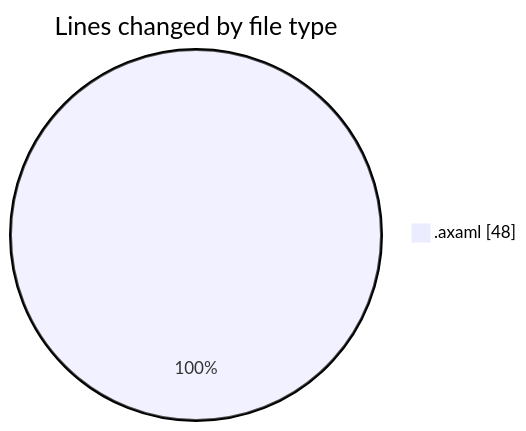
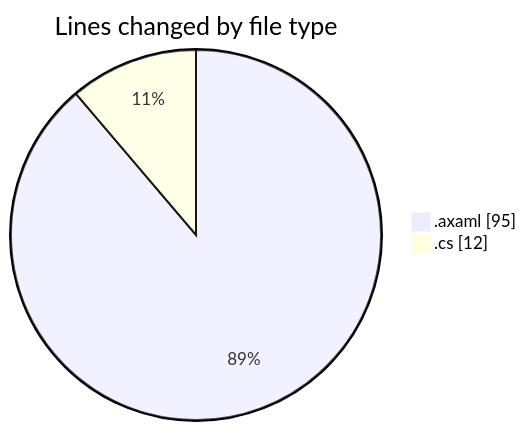
The first of 2 diagrams in 2025-10-24/skintrack/README.md (Netris89/code-tracking), drawn with Mermaid before and after one commit. The commit also changed other lines of this file and 1 other file, not shown here.

````diff
--- a/2025-10-24/skintrack/README.md
+++ b/2025-10-24/skintrack/README.md
@@ -20,5 +21,6 @@
 ```mermaid
 pie showData
 title Lines changed by file type
-".axaml" : 48
+".axaml" : 95
+".cs" : 12
 ```
````
